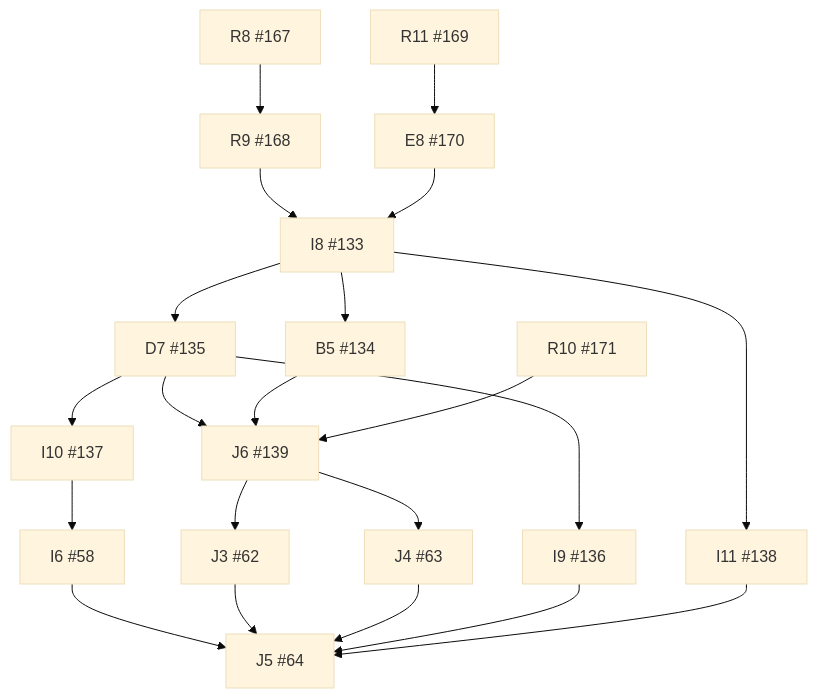
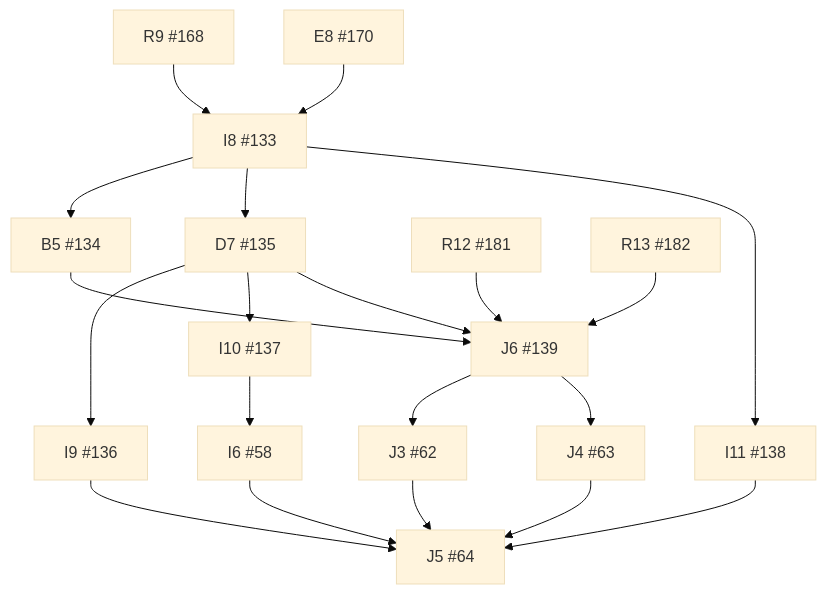
Before and after one commit to wojtekpiskorz/kiero: the diagram in docs/implementation/dependency-graph.md, drawn with Mermaid (base theme). The commit also changed other lines of this file and 6 other files, not shown here.

````diff
--- a/docs/implementation/dependency-graph.md
+++ b/docs/implementation/dependency-graph.md
@@ -9,39 +9,37 @@
 ```mermaid
 flowchart TD
   I6["I6 #58"]
   J3["J3 #62"]
   J4["J4 #63"]
   J5["J5 #64"]
   I8["I8 #133"]
   B5["B5 #134"]
   D7["D7 #135"]
   I9["I9 #136"]
   I10["I10 #137"]
   I11["I11 #138"]
   J6["J6 #139"]
-  R8["R8 #167"]
   R9["R9 #168"]
-  R11["R11 #169"]
   E8["E8 #170"]
-  R10["R10 #171"]
+  R12["R12 #181"]
+  R13["R13 #182"]
   I10 --> I6
   J6 --> J3
   J6 --> J4
   I6 --> J5
   J3 --> J5
   J4 --> J5
   I9 --> J5
   I11 --> J5
   R9 --> I8
   E8 --> I8
   I8 --> B5
   I8 --> D7
   D7 --> I9
   D7 --> I10
   I8 --> I11
   D7 --> J6
   B5 --> J6
-  R10 --> J6
-  R8 --> R9
-  R11 --> E8
+  R12 --> J6
+  R13 --> J6
 ```
````
